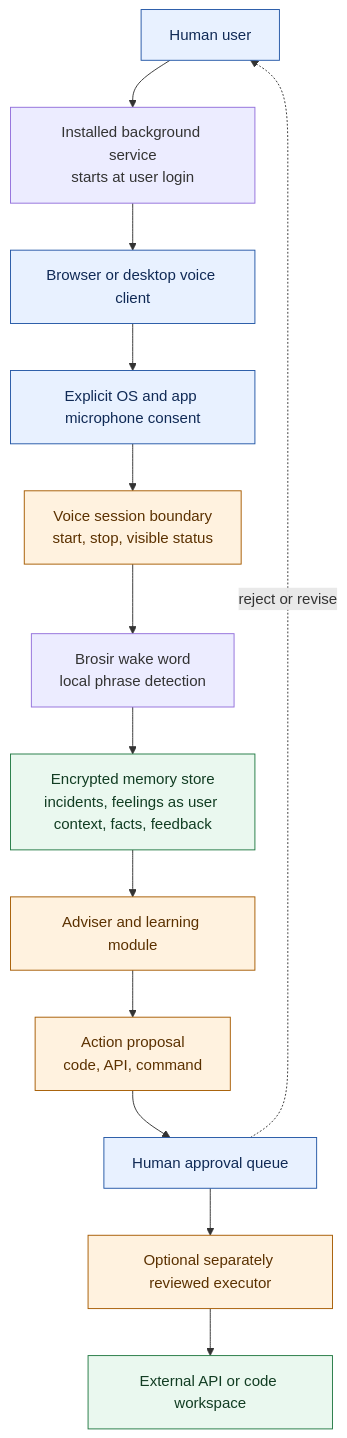
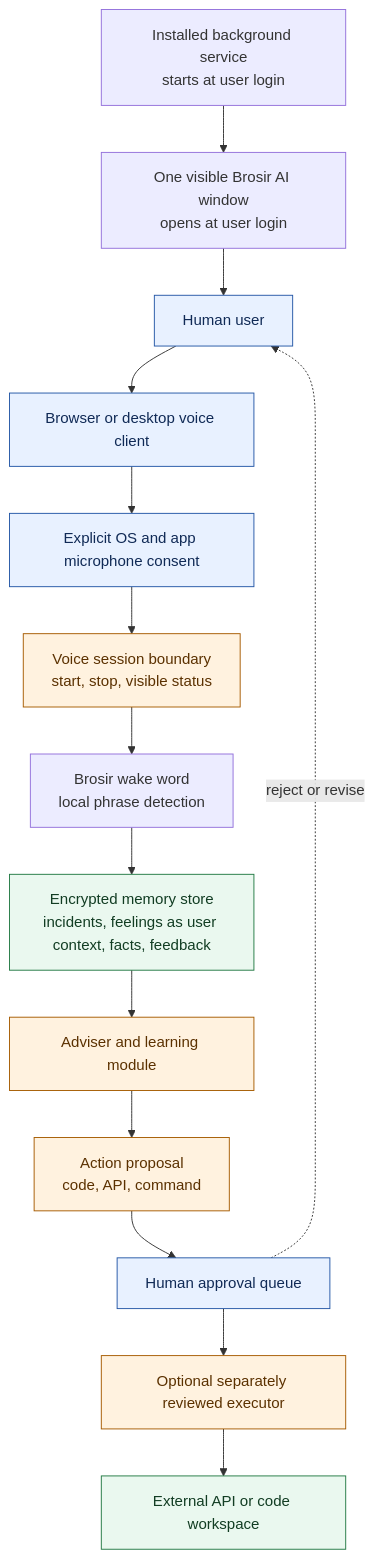
The diagram in docs/architecture.md (Somasundaram004/human-advisor-ai), drawn with Mermaid before and after one commit. The commit also changed other lines of this file and 7 other files, not shown here.

First line of the commit message:
feat: TEST01 add visible always ready Brosir window

````diff
--- a/docs/architecture.md
+++ b/docs/architecture.md
@@ -3,27 +3,29 @@
 ```mermaid
 flowchart TB
     human[Human user]
     service[Installed background service<br/>starts at user login]
+    window[One visible Brosir AI window<br/>opens at user login]
     client[Browser or desktop voice client]
     consent[Explicit OS and app microphone consent]
     voice[Voice session boundary<br/>start, stop, visible status]
     wake[Brosir wake word<br/>local phrase detection]
     memory[Encrypted memory store<br/>incidents, feelings as user context, facts, feedback]
     adviser[Adviser and learning module]
     proposal[Action proposal<br/>code, API, command]
     approval[Human approval queue]
     executor[Optional separately reviewed executor]
     api[External API or code workspace]
 
-    human --> service --> client --> consent --> voice --> wake
+    service --> window --> human
+    human --> client --> consent --> voice --> wake
     wake --> memory --> adviser
     adviser --> proposal --> approval --> executor --> api
     approval -. reject or revise .-> human
 
     classDef human fill:#e8f1ff,stroke:#2457a6,color:#102a56
     classDef control fill:#fff2df,stroke:#a65b00,color:#5b3100
     classDef data fill:#eaf8ef,stroke:#237a44,color:#123d23
     class human,client,consent,approval human
     class voice,adviser,proposal,executor control
     class memory,api data
 ```
````
